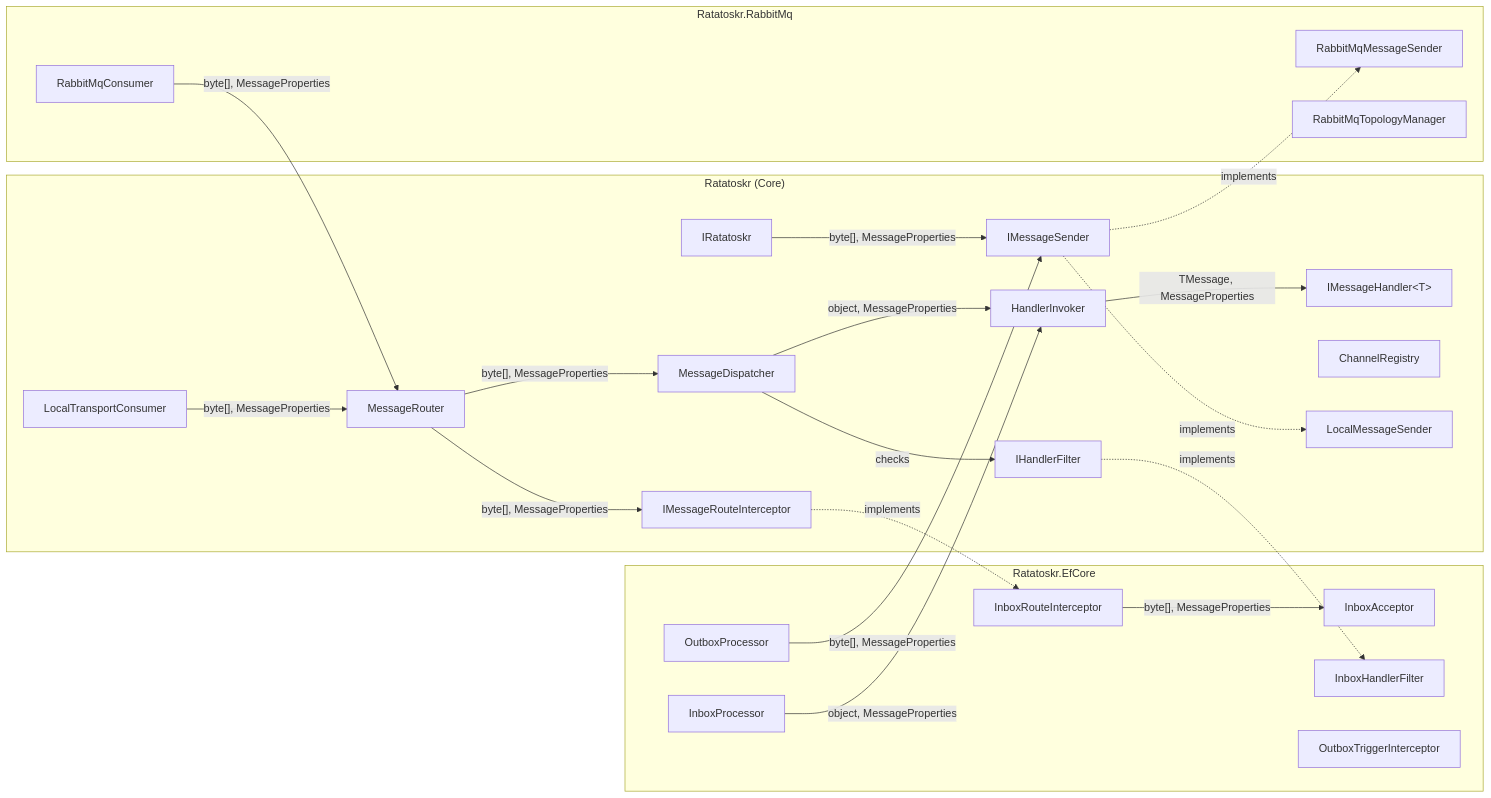
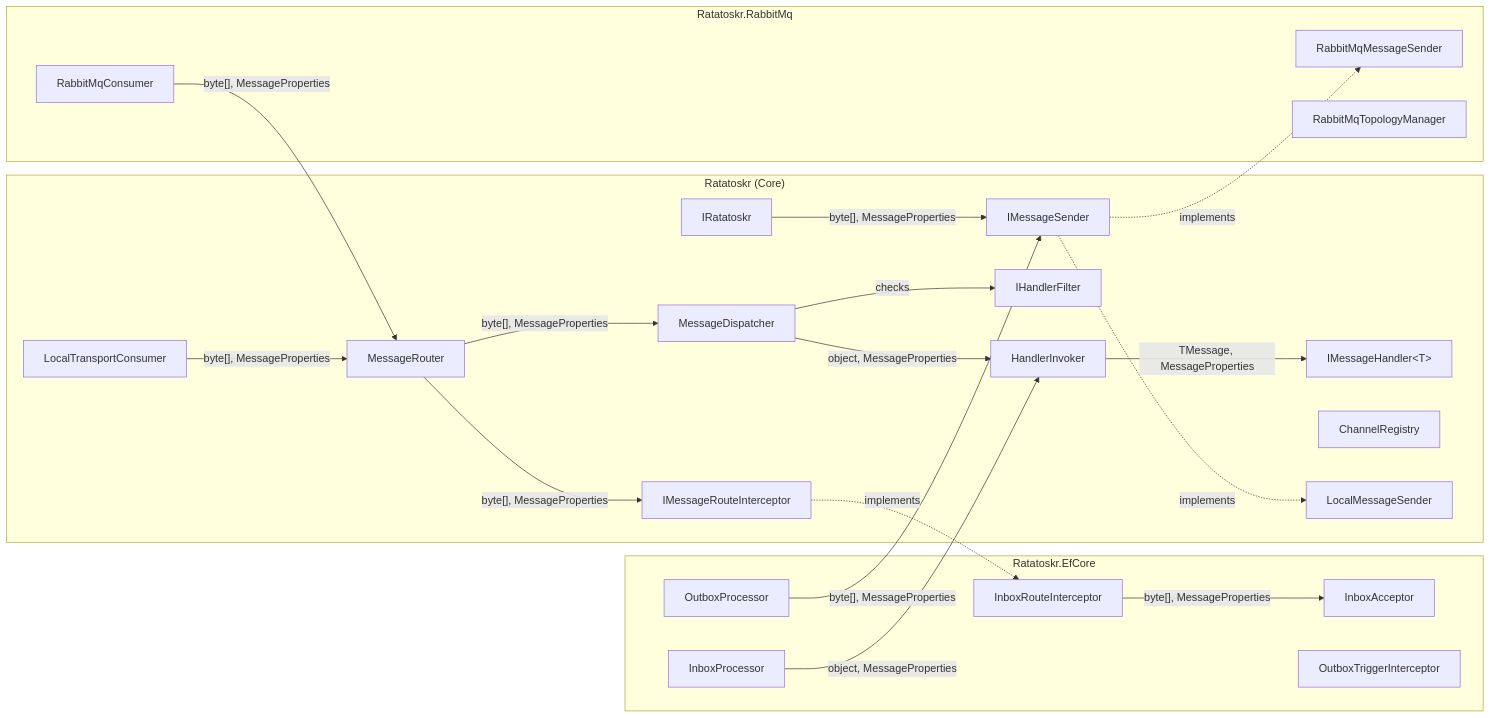
The first of 9 diagrams in docs/architecture.md (saithis/Ratatoskr), drawn with Mermaid before and after one commit. The commit also changed other lines of this file and 19 other files, not shown here.

Commit message:
refactor: change inbox activation from per handler to per channel message

````diff
--- a/docs/architecture.md
+++ b/docs/architecture.md
@@ -7,47 +7,45 @@
 ```mermaid
 graph LR
     subgraph Core ["Ratatoskr (Core)"]
         IRatatoskr["IRatatoskr"]
         IMessageSender["IMessageSender"]
         IMessageHandler["IMessageHandler&lt;T&gt;"]
         IRouteInterceptor["IMessageRouteInterceptor"]
         IHandlerFilter["IHandlerFilter"]
         MessageRouter["MessageRouter"]
         MessageDispatcher["MessageDispatcher"]
         HandlerInvoker["HandlerInvoker"]
         ChannelRegistry["ChannelRegistry"]
         LocalSender["LocalMessageSender"]
         LocalConsumer["LocalTransportConsumer"]
     end
 
     subgraph EfCore ["Ratatoskr.EfCore"]
         OutboxProcessor["OutboxProcessor"]
         InboxProcessor["InboxProcessor"]
         InboxAcceptor["InboxAcceptor"]
         InboxInterceptor["InboxRouteInterceptor"]
-        InboxFilter["InboxHandlerFilter"]
         OutboxInterceptor["OutboxTriggerInterceptor"]
     end
 
     subgraph RabbitMq ["Ratatoskr.RabbitMq"]
         RmqSender["RabbitMqMessageSender"]
         RmqConsumer["RabbitMqConsumer"]
         TopologyManager["RabbitMqTopologyManager"]
     end
 
     IRatatoskr -->|"byte[], MessageProperties"| IMessageSender
     IMessageSender -.->|"implements"| LocalSender
     IMessageSender -.->|"implements"| RmqSender
     LocalConsumer -->|"byte[], MessageProperties"| MessageRouter
     RmqConsumer -->|"byte[], MessageProperties"| MessageRouter
     MessageRouter -->|"byte[], MessageProperties"| IRouteInterceptor
     IRouteInterceptor -.->|"implements"| InboxInterceptor
     InboxInterceptor -->|"byte[], MessageProperties"| InboxAcceptor
     MessageRouter -->|"byte[], MessageProperties"| MessageDispatcher
     MessageDispatcher -->|"checks"| IHandlerFilter
-    IHandlerFilter -.->|"implements"| InboxFilter
     MessageDispatcher -->|"object, MessageProperties"| HandlerInvoker
     InboxProcessor -->|"object, MessageProperties"| HandlerInvoker
     OutboxProcessor -->|"byte[], MessageProperties"| IMessageSender
     HandlerInvoker -->|"TMessage, MessageProperties"| IMessageHandler
 ```
````
